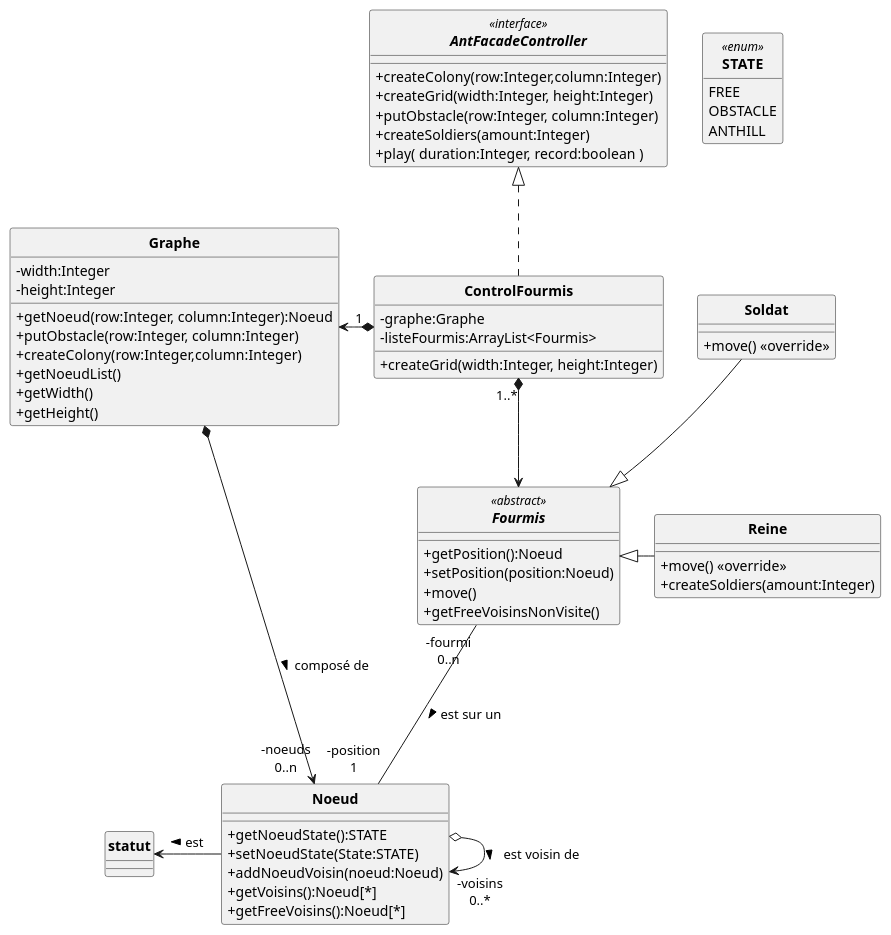
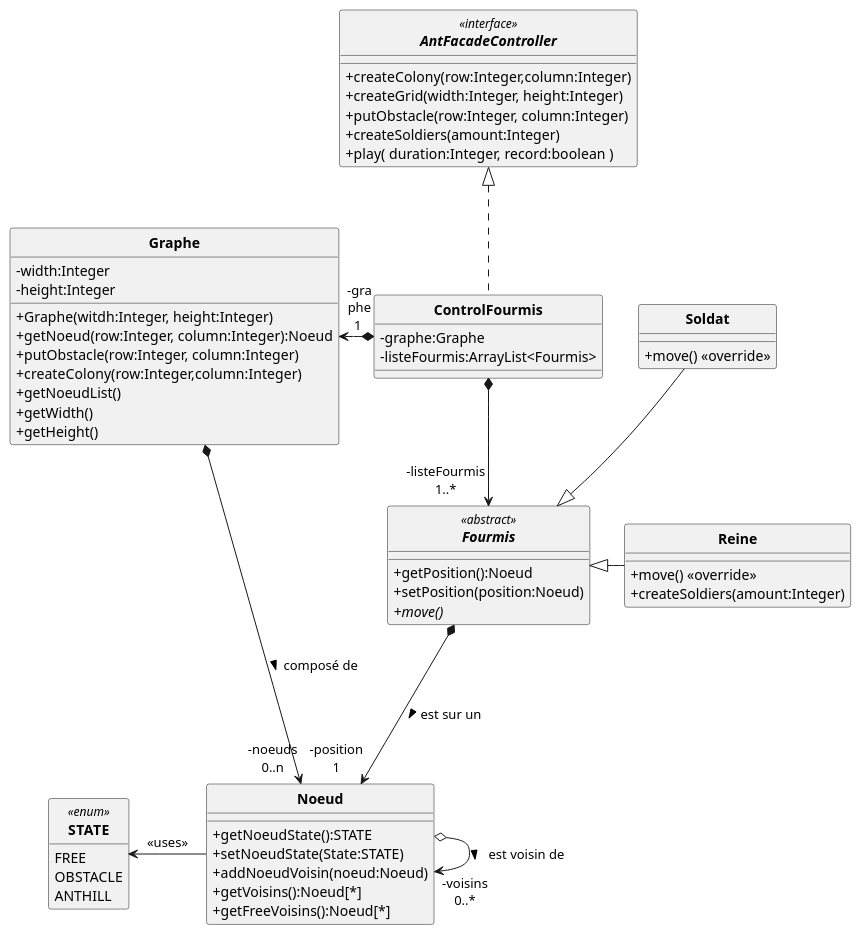
The diagram in src/main/uml/Fourmis_DC.puml (ErenMustafaGit/ColonieFourmis), drawn with PlantUML before and after one commit. The commit also changed 3 other files, not shown here.

Commit message:
Changement mineur et diagramme de séquence

```diff
--- a/src/main/uml/Fourmis_DC.puml
+++ b/src/main/uml/Fourmis_DC.puml
@@ -1,88 +1,87 @@
 @startuml
 'https://plantuml.com/sequence-diagram
 allow_mixing
 skinparam style strictuml
 skinparam classAttributeIconSize 0
 skinparam circledCharacterRadius 0
 skinparam circledCharacterFontSize 0
 skinparam classFontStyle Bold
 'autonumber
 hide enum methods
 
 'Controleur
 interface AntFacadeController <<interface>> {
     '+setParameters( evaporationParam:Integer, foodParam:Integer, pheromoneParam:Integer )
     +createColony(row:Integer,column:Integer)
     +createGrid(width:Integer, height:Integer)
     +putObstacle(row:Integer, column:Integer)
     '+putFood( row:Integer, column:Integer, quantity:Integer);
     '+createWorkers( amount:Integer )
     +createSoldiers(amount:Integer)
     '+setAntFile(antLogFile:String);
     +play( duration:Integer, record:boolean )
 }
 
 class Noeud {
     +getNoeudState():STATE
     +setNoeudState(State:STATE)
     +addNoeudVoisin(noeud:Noeud)
     +getVoisins():Noeud[*]
     +getFreeVoisins():Noeud[*]
 }
 enum STATE <<enum>> {
     FREE
     OBSTACLE
     ANTHILL
 }
 
 
 abstract Fourmis <<abstract>> {
     +getPosition():Noeud
     +setPosition(position:Noeud)
-    +move()
-    +getFreeVoisinsNonVisite()
+    {abstract} +move()
 }
 class Reine{
     +move() <<override>>
     +createSoldiers(amount:Integer)
 
 }
 class Soldat{
     +move() <<override>>
 }
 
 
-'class Graphe implements Fourmis.AntFacadeController{
 class ControlFourmis implements AntFacadeController{
     -graphe:Graphe
     -listeFourmis:ArrayList<Fourmis>
-    +createGrid(width:Integer, height:Integer)
 }
 
 
 class Graphe{
  -width:Integer
  -height:Integer
+ +Graphe(witdh:Integer, height:Integer)
  +getNoeud(row:Integer, column:Integer):Noeud
  +putObstacle(row:Integer, column:Integer)
  +createColony(row:Integer,column:Integer)
  +getNoeudList()
  +getWidth()
  +getHeight()
 }
 
 
 Soldat --|> Fourmis
 Reine -l-|> Fourmis
 
-ControlFourmis "1 " *-l-> Graphe
-ControlFourmis "1..*" *--> Fourmis
+ControlFourmis "-gra\nphe\n1 " *-l-> Graphe
+ControlFourmis  *--> "-listeFourmis\n1..*" Fourmis
 
 Graphe *-r-> "-noeuds\n0..n" Noeud : composé de >
 'historique = liste de noeud déjà passé par la fourmi
 '"-position 1\n-historique 0..*"
-Fourmis "-fourmi\n0..n" --- "-position\n1" Noeud  : est sur un >
+Fourmis *---> "-position\n1" Noeud  : est sur un >
 Noeud o-> "-voisins\n0..*"  Noeud  : est voisin de >
-Noeud -l->  statut : est >
+
+Noeud -l-> STATE : <<uses>>
 
 @enduml
```
